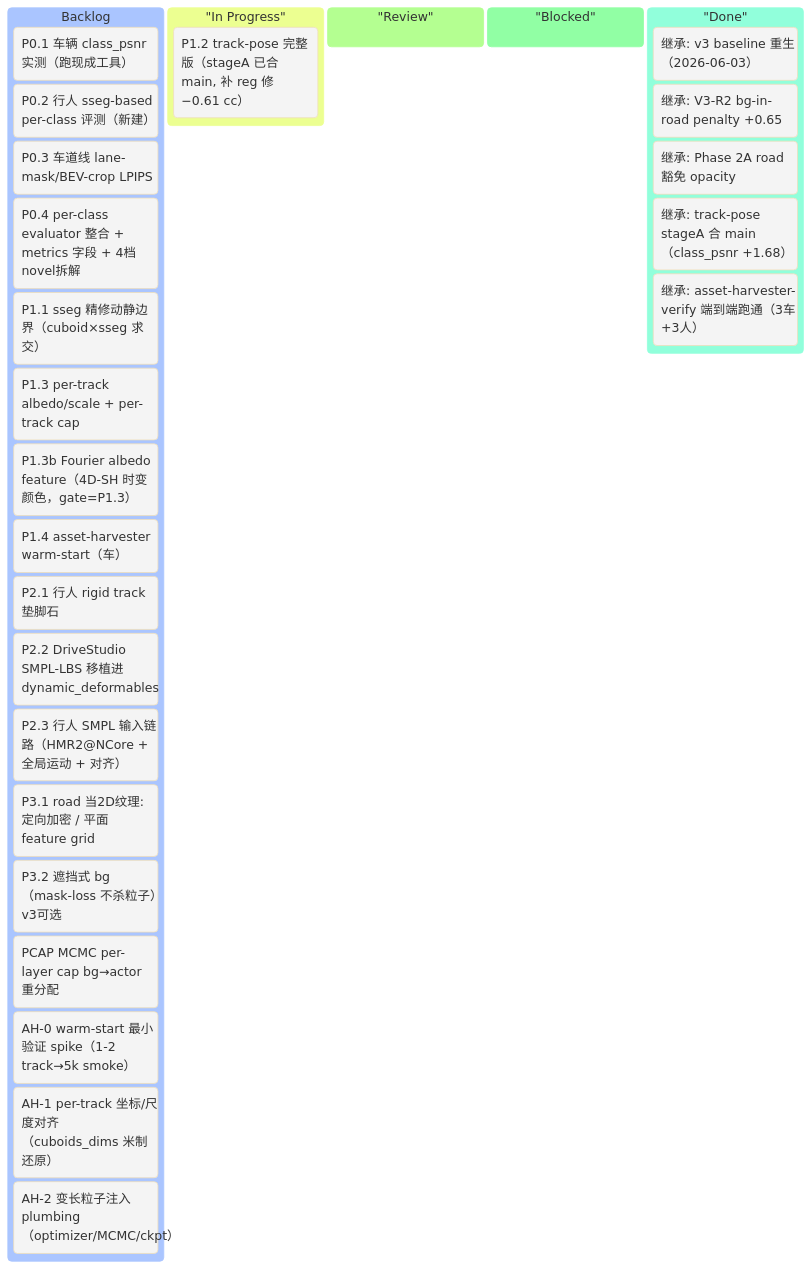
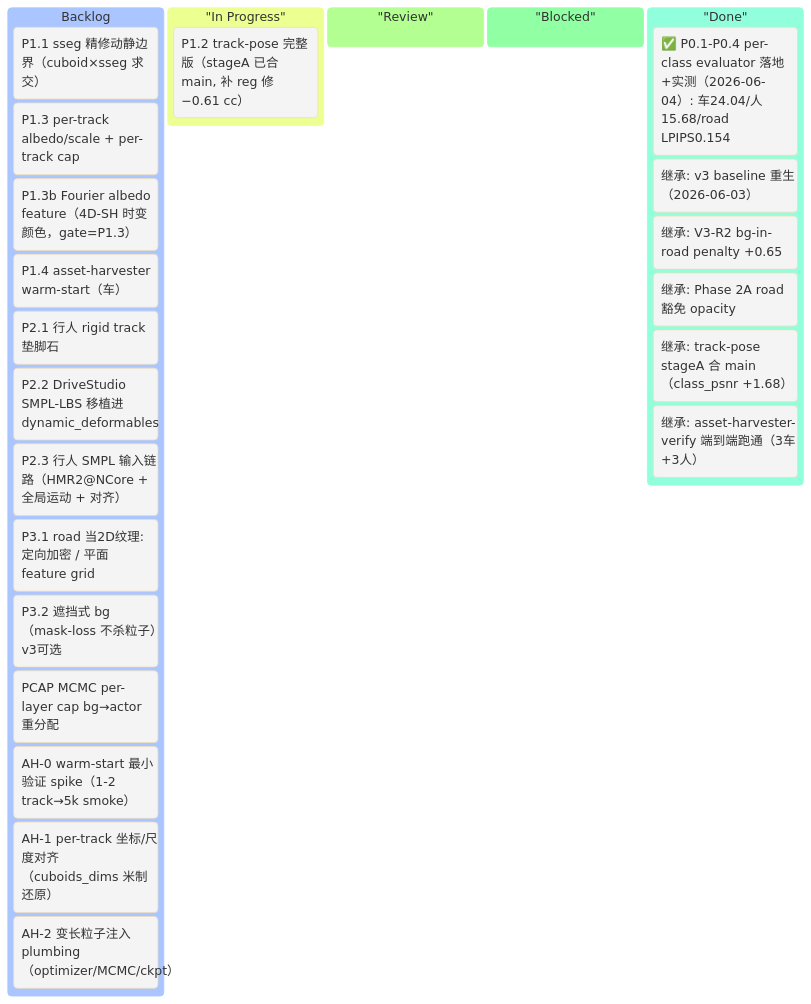
Before and after one commit to etendue/3dgrut: the first of 2 diagrams in v3_plan_revised.md, drawn with Mermaid. The commit also changed other lines of this file and 5 other files, not shown here.

First line of the commit message:
feat(P0): per-class actor evaluator (P0.1–P0.4) + baseline 实测立锚

````diff
--- a/v3_plan_revised.md
+++ b/v3_plan_revised.md
@@ -67,36 +67,33 @@
 ```mermaid
 %%{init: {'theme':'base'}}%%
 kanban
     Backlog
-        [P0.1 车辆 class_psnr 实测（跑现成工具）]
-        [P0.2 行人 sseg-based per-class 评测（新建）]
-        [P0.3 车道线 lane-mask/BEV-crop LPIPS]
-        [P0.4 per-class evaluator 整合 + metrics 字段 + 4档novel拆解]
         [P1.1 sseg 精修动静边界（cuboid×sseg 求交）]
         [P1.3 per-track albedo/scale + per-track cap]
         [P1.3b Fourier albedo feature（4D-SH 时变颜色，gate=P1.3）]
         [P1.4 asset-harvester warm-start（车）]
         [P2.1 行人 rigid track 垫脚石]
         [P2.2 DriveStudio SMPL-LBS 移植进 dynamic_deformables]
         [P2.3 行人 SMPL 输入链路（HMR2@NCore + 全局运动 + 对齐）]
         [P3.1 road 当2D纹理: 定向加密 / 平面 feature grid]
         [P3.2 遮挡式 bg（mask-loss 不杀粒子）v3可选]
         [PCAP MCMC per-layer cap bg→actor 重分配]
         [AH-0 warm-start 最小验证 spike（1-2 track→5k smoke）]
         [AH-1 per-track 坐标/尺度对齐（cuboids_dims 米制还原）]
         [AH-2 变长粒子注入 plumbing（optimizer/MCMC/ckpt）]
 
     "In Progress"
         [P1.2 track-pose 完整版（stageA 已合 main, 补 reg 修 −0.61 cc）]
 
     "Review"
 
     "Blocked"
 
     "Done"
+        [✅ P0.1-P0.4 per-class evaluator 落地+实测（2026-06-04）: 车24.04/人15.68/road LPIPS0.154]
         [继承: v3 baseline 重生（2026-06-03）]
         [继承: V3-R2 bg-in-road penalty +0.65]
         [继承: Phase 2A road 豁免 opacity]
         [继承: track-pose stageA 合 main（class_psnr +1.68）]
         [继承: asset-harvester-verify 端到端跑通（3车+3人）]
 ```
````
